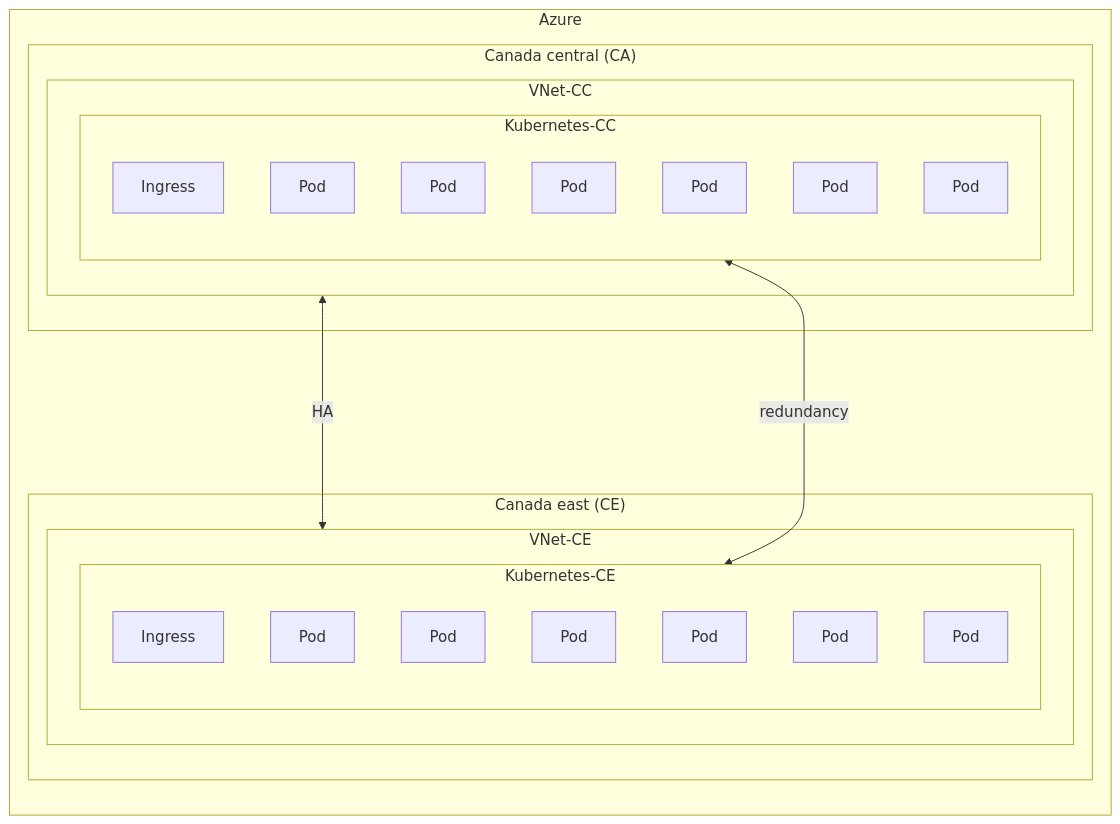
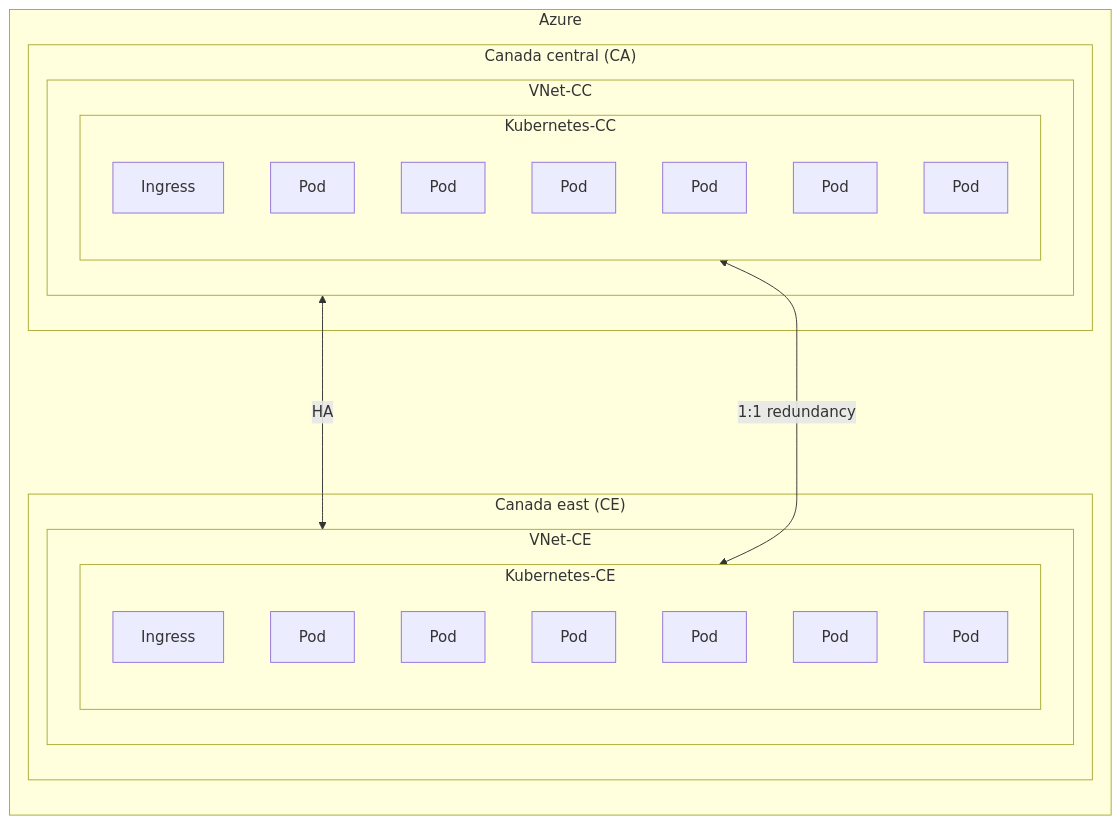
One commit to ai-cfia/howard changed the first of 2 diagrams in docs/global_overview.md. Above: the diagram before and after it, drawn with Mermaid. The commit also changed 1 other file, not shown here.

Commit message:
issue #25: fixed dead link

````diff
--- a/docs/global_overview.md
+++ b/docs/global_overview.md
@@ -70,38 +70,38 @@
 ```mermaid
 flowchart
     subgraph Azure["Azure"]
         direction TB
         subgraph CC["Canada central (CA)"]
             subgraph VNet1["VNet-CC"]
                 subgraph Kubernetes1["Kubernetes-CC"]
                     direction TB
                     Ingress1["Ingress"]
                     Pod1["Pod"]
                     Pod2["Pod"]
                     Pod3["Pod"]
                     Pod4["Pod"]
                     Pod5["Pod"]
                     Pod6["Pod"]
                 end
             end
         end
 
         subgraph CE["Canada east (CE)"]
             subgraph VNet2["VNet-CE"]
                 subgraph Kubernetes2["Kubernetes-CE"]
                     direction TB
                     Ingress2["Ingress"]
                     Pod7["Pod"]
                     Pod8["Pod"]
                     Pod9["Pod"]
                     Pod10["Pod"]
                     Pod11["Pod"]
                     Pod12["Pod"]
                 end
             end
         end
 
         VNet1["VNet-CC"] <--->|HA| VNet2["VNet-CE"]
-        Kubernetes1["Kubernetes-CC"] <--->|redundancy| Kubernetes2["Kubernetes-CE"]
+        Kubernetes1["Kubernetes-CC"] <--->|1:1 redundancy| Kubernetes2["Kubernetes-CE"]
     end
 ```
````
